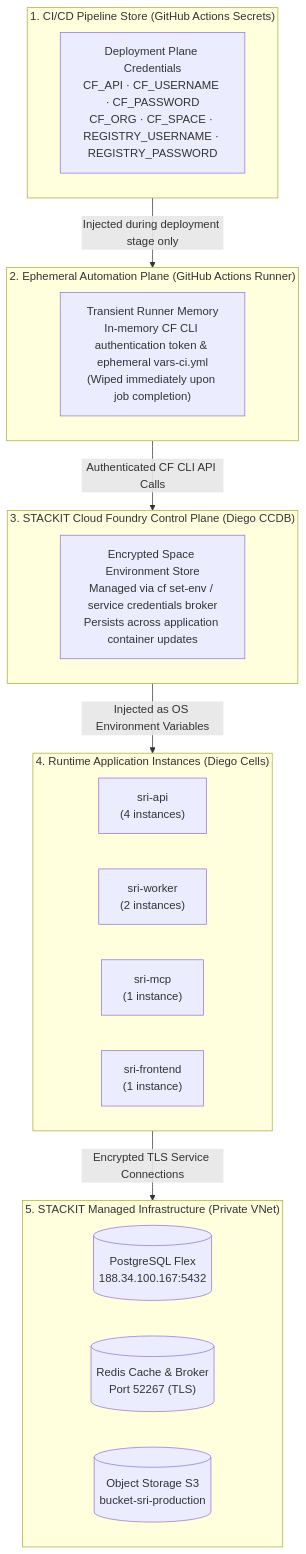
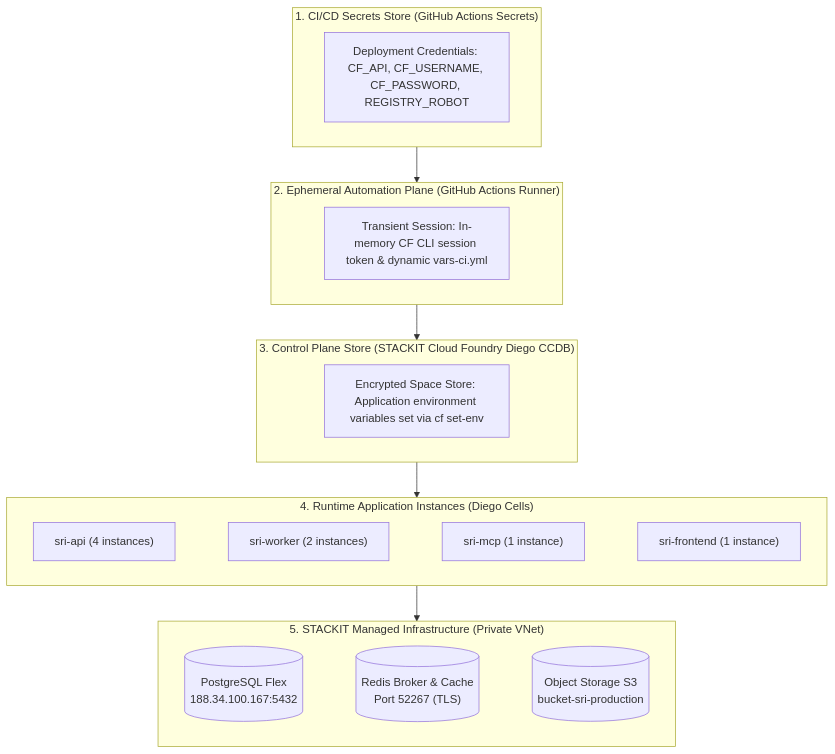
One commit to p4ku/research-intelligence changed the fourth of 4 diagrams in docs/STACKIT_INFRASTRUCTURE_AND_CICD.md. Above: the diagram before and after it, drawn with Mermaid.

Commit message:
docs: layout pods and databases horizontally in secrets diagram to fix page breaks

````diff
--- a/docs/STACKIT_INFRASTRUCTURE_AND_CICD.md
+++ b/docs/STACKIT_INFRASTRUCTURE_AND_CICD.md
@@ -271,34 +271,29 @@
 ```mermaid
 flowchart TD
-    subgraph Layer1["1. CI/CD Pipeline Store (GitHub Actions Secrets)"]
-        GH_Secrets["Deployment Plane Credentials<br/>CF_API · CF_USERNAME · CF_PASSWORD<br/>CF_ORG · CF_SPACE · REGISTRY_USERNAME · REGISTRY_PASSWORD"]
+    subgraph Layer1["1. CI/CD Secrets Store (GitHub Actions Secrets)"]
+        GH_Secrets["Deployment Credentials: CF_API, CF_USERNAME, CF_PASSWORD, REGISTRY_ROBOT"]
     end
 
     subgraph Layer2["2. Ephemeral Automation Plane (GitHub Actions Runner)"]
-        GH_Runner["Transient Runner Memory<br/>In-memory CF CLI authentication token & ephemeral vars-ci.yml<br/>(Wiped immediately upon job completion)"]
+        GH_Runner["Transient Session: In-memory CF CLI session token & dynamic vars-ci.yml"]
     end
 
-    subgraph Layer3["3. STACKIT Cloud Foundry Control Plane (Diego CCDB)"]
-        CF_CCDB["Encrypted Space Environment Store<br/>Managed via cf set-env / service credentials broker<br/>Persists across application container updates"]
+    subgraph Layer3["3. Control Plane Store (STACKIT Cloud Foundry Diego CCDB)"]
+        CF_CCDB["Encrypted Space Store: Application environment variables set via cf set-env"]
     end
 
     subgraph Layer4["4. Runtime Application Instances (Diego Cells)"]
         direction LR
-        Pod_API["sri-api<br/>(4 instances)"]
-        Pod_Worker["sri-worker<br/>(2 instances)"]
-        Pod_MCP["sri-mcp<br/>(1 instance)"]
-        Pod_Frontend["sri-frontend<br/>(1 instance)"]
+        Pod_API["sri-api (4 instances)"] ~~~ Pod_Worker["sri-worker (2 instances)"] ~~~ Pod_MCP["sri-mcp (1 instance)"] ~~~ Pod_Frontend["sri-frontend (1 instance)"]
     end
 
     subgraph Layer5["5. STACKIT Managed Infrastructure (Private VNet)"]
         direction LR
-        Postgres[("PostgreSQL Flex<br/>188.34.100.167:5432")]
-        Redis[("Redis Cache & Broker<br/>Port 52267 (TLS)")]
-        S3[("Object Storage S3<br/>bucket-sri-production")]
+        Postgres[("PostgreSQL Flex<br/>188.34.100.167:5432")] ~~~ Redis[("Redis Broker & Cache<br/>Port 52267 (TLS)")] ~~~ S3[("Object Storage S3<br/>bucket-sri-production")]
     end
 
-    Layer1 -->|Injected during deployment stage only| Layer2
-    Layer2 -->|Authenticated CF CLI API Calls| Layer3
-    Layer3 -->|Injected as OS Environment Variables| Layer4
-    Layer4 -->|Encrypted TLS Service Connections| Layer5
+    Layer1 --> Layer2
+    Layer2 --> Layer3
+    Layer3 --> Layer4
+    Layer4 --> Layer5
 ```
````
